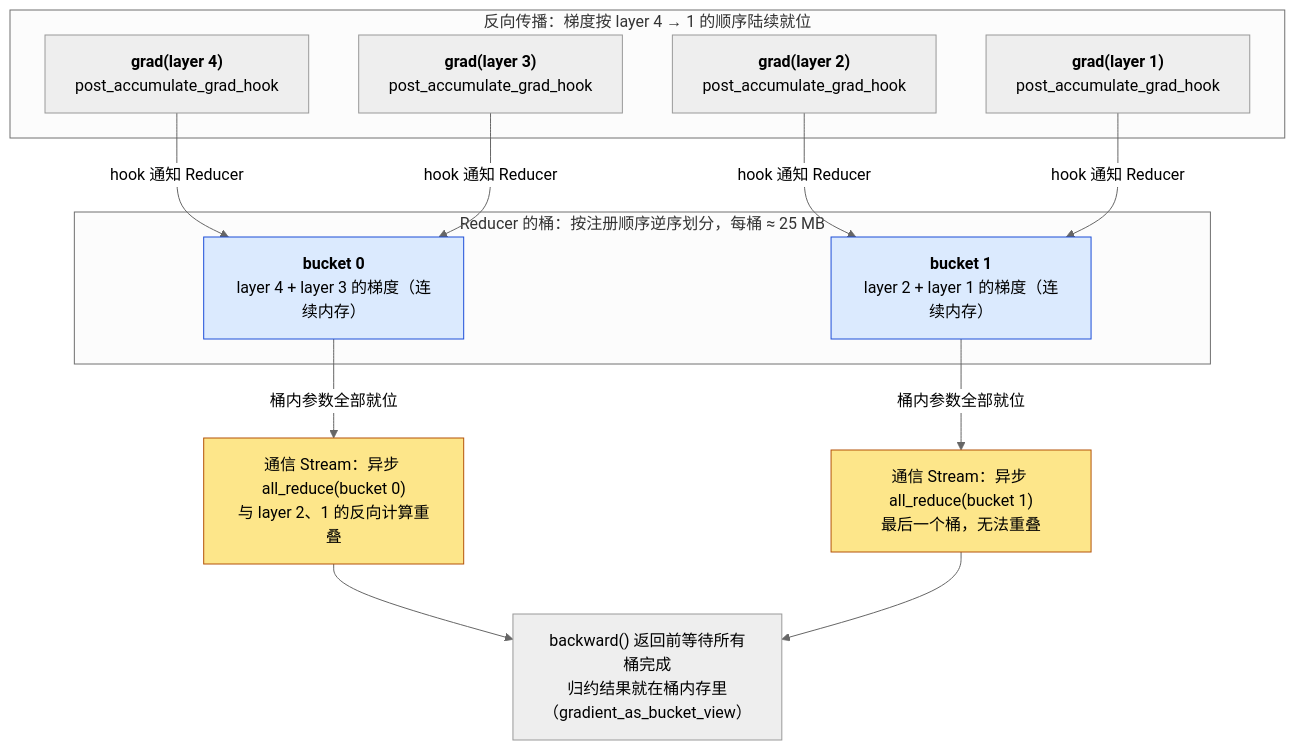
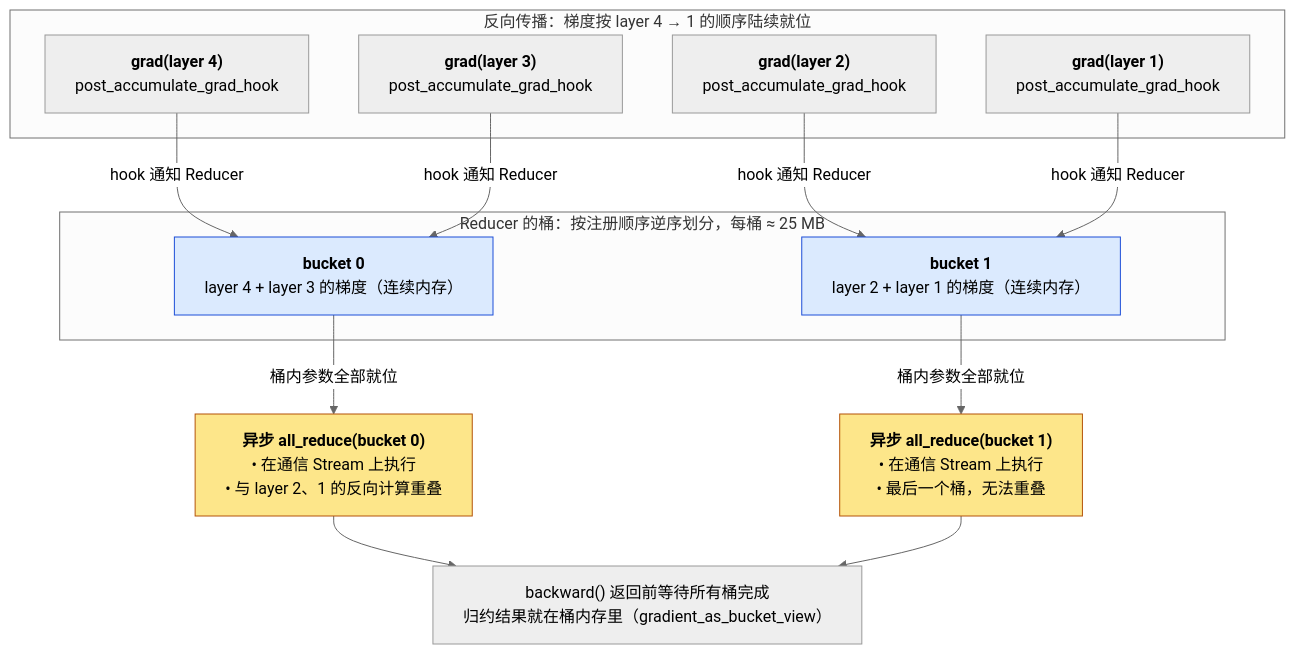
One commit to arganzheng/arganzheng.github.com changed the second of 7 diagrams in _posts/2026-02-25-pytorch-distributed-training.md. Above: the diagram before and after it, drawn with Mermaid (neutral theme). The commit also changed other lines of this file and 2 other files, not shown here.

````diff
--- a/_posts/2026-02-25-pytorch-distributed-training.md
+++ b/_posts/2026-02-25-pytorch-distributed-training.md
@@ -427,26 +504,27 @@
 ```mermaid
+%%{init: {"flowchart": {"wrappingWidth": 480}}}%%
 %% 图：Reducer 把 all_reduce 藏进反向：梯度 hook 通知 Reducer，桶满即对整个桶发起一次异步 all_reduce
 flowchart TB
     subgraph grads["反向传播：梯度按 layer 4 → 1 的顺序陆续就位"]
         G4["<b>grad(layer 4)</b><br/>post_accumulate_grad_hook"]
         G3["<b>grad(layer 3)</b><br/>post_accumulate_grad_hook"]
         G2["<b>grad(layer 2)</b><br/>post_accumulate_grad_hook"]
         G1["<b>grad(layer 1)</b><br/>post_accumulate_grad_hook"]
     end
     subgraph buckets["Reducer 的桶：按注册顺序逆序划分，每桶 ≈ 25 MB"]
         B0["<b>bucket 0</b><br/>layer 4 + layer 3 的梯度（连续内存）"]
         B1["<b>bucket 1</b><br/>layer 2 + layer 1 的梯度（连续内存）"]
     end
     G4 -- "hook 通知 Reducer" --> B0
     G3 -- "hook 通知 Reducer" --> B0
     G2 -- "hook 通知 Reducer" --> B1
     G1 -- "hook 通知 Reducer" --> B1
-    B0 -- "桶内参数全部就位" --> AR0["通信 Stream：异步 all_reduce(bucket 0)<br/>与 layer 2、1 的反向计算重叠"]
-    B1 -- "桶内参数全部就位" --> AR1["通信 Stream：异步 all_reduce(bucket 1)<br/>最后一个桶，无法重叠"]
+    B0 -- "桶内参数全部就位" --> AR0["<b>异步 all_reduce(bucket 0)</b><br/>• 在通信 Stream 上执行<br/>• 与 layer 2、1 的反向计算重叠"]
+    B1 -- "桶内参数全部就位" --> AR1["<b>异步 all_reduce(bucket 1)</b><br/>• 在通信 Stream 上执行<br/>• 最后一个桶，无法重叠"]
     AR0 --> W["backward() 返回前等待所有桶完成<br/>归约结果就在桶内存里（gradient_as_bucket_view）"]
     AR1 --> W
     classDef comm fill:#fde68a,stroke:#b45309;
     classDef bucket fill:#dbeafe,stroke:#1d4ed8;
     class AR0,AR1 comm;
     class B0,B1 bucket;
 ```
````
